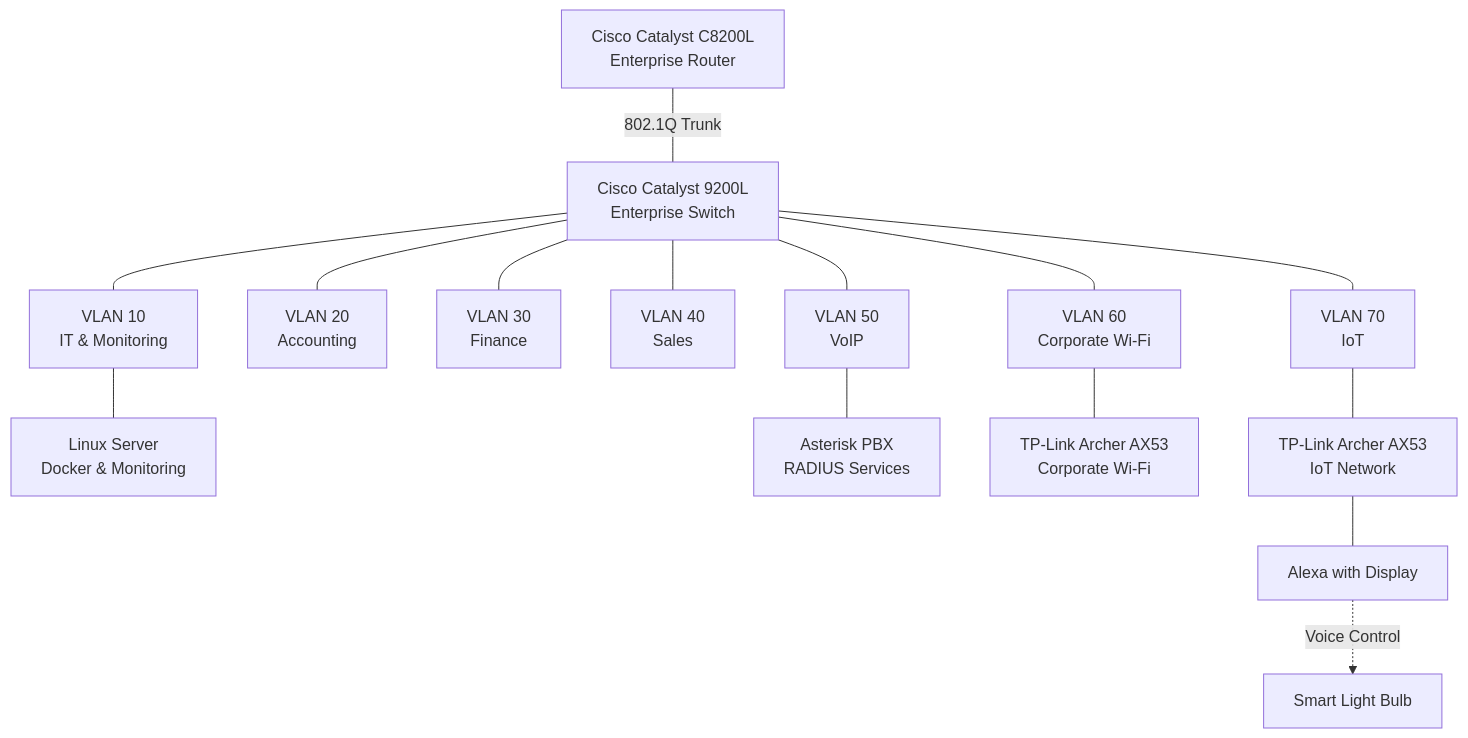
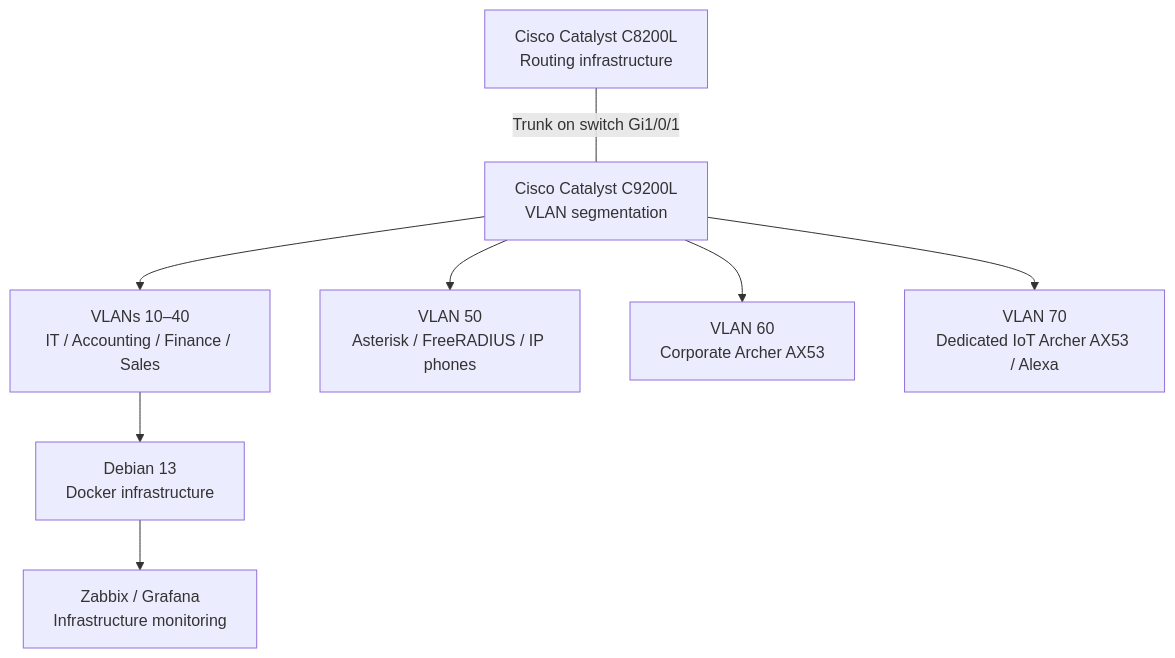
One commit to kayo-willian/enterprise-noc-from-scratch changed the diagram in docs/architecture/infrastructure-overview.md. Above: the diagram before and after it, drawn with Mermaid. The commit also changed other lines of this file and 19 other files, not shown here.

````diff
--- a/docs/architecture/infrastructure-overview.md
+++ b/docs/architecture/infrastructure-overview.md
@@ -19,24 +17,18 @@
 ```mermaid
 flowchart TB
-    R["Cisco Catalyst C8200L<br/>Enterprise Router"]
-    SW["Cisco Catalyst 9200L<br/>Enterprise Switch"]
-
-    R ---|"802.1Q Trunk"| SW
-
-    SW --- V10["VLAN 10<br/>IT & Monitoring"]
-    SW --- V20["VLAN 20<br/>Accounting"]
-    SW --- V30["VLAN 30<br/>Finance"]
-    SW --- V40["VLAN 40<br/>Sales"]
-    SW --- V50["VLAN 50<br/>VoIP"]
-    SW --- V60["VLAN 60<br/>Corporate Wi-Fi"]
-    SW --- V70["VLAN 70<br/>IoT"]
-
-    V10 --- SERVER["Linux Server<br/>Docker & Monitoring"]
-    V50 --- PBX["Asterisk PBX<br/>RADIUS Services"]
-
-    V60 --- WIFI["TP-Link Archer AX53<br/>Corporate Wi-Fi"]
-    V70 --- IOT["TP-Link Archer AX53<br/>IoT Network"]
-
-    IOT --- ALEXA["Alexa with Display"]
-    ALEXA -.->|"Voice Control"| LIGHT["Smart Light Bulb"]
+    R["Cisco Catalyst C8200L<br/>Routing infrastructure"]
+    S["Cisco Catalyst C9200L<br/>VLAN segmentation"]
+    DEPT["VLANs 10–40<br/>IT / Accounting / Finance / Sales"]
+    VOICE["VLAN 50<br/>Asterisk / FreeRADIUS / IP phones"]
+    WIFI["VLAN 60<br/>Corporate Archer AX53"]
+    IOT["VLAN 70<br/>Dedicated IoT Archer AX53 / Alexa"]
+    NOC["Debian 13<br/>Docker infrastructure"]
+    MON["Zabbix / Grafana<br/>Infrastructure monitoring"]
+    R ---|"Trunk on switch Gi1/0/1"| S
+    S --> DEPT
+    S --> VOICE
+    S --> WIFI
+    S --> IOT
+    DEPT --> NOC
+    NOC --> MON
 ```
````
